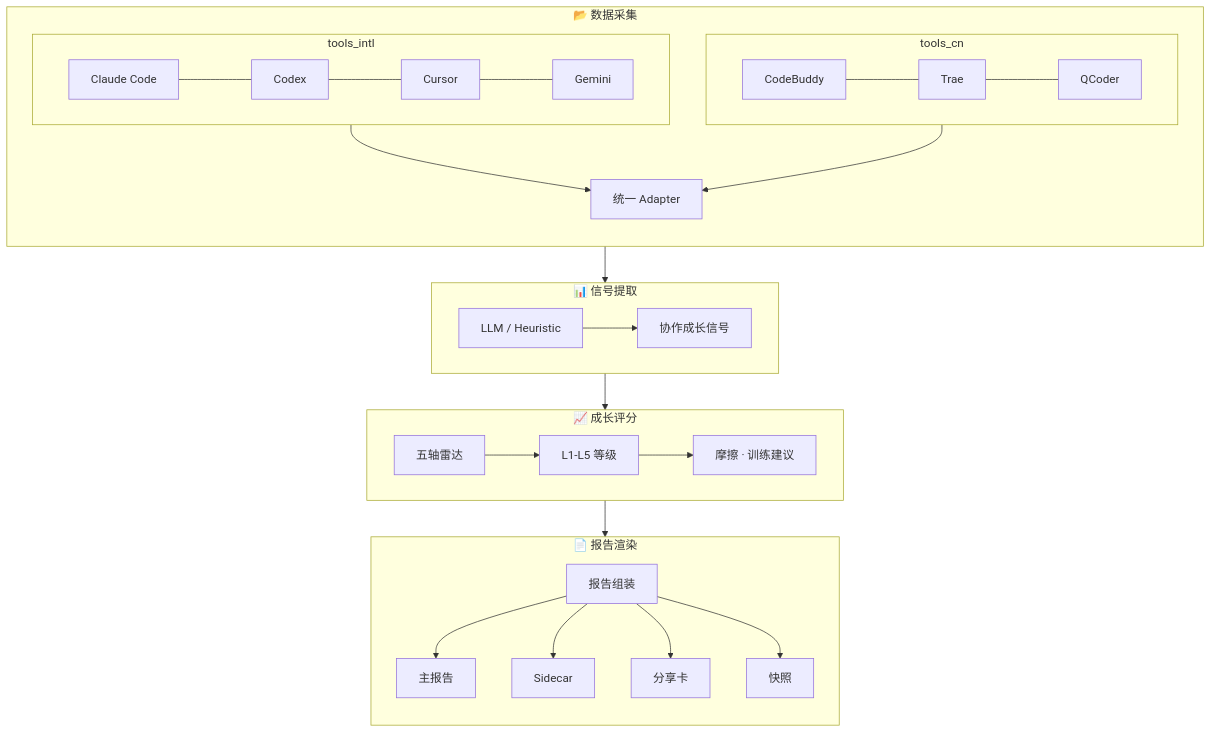
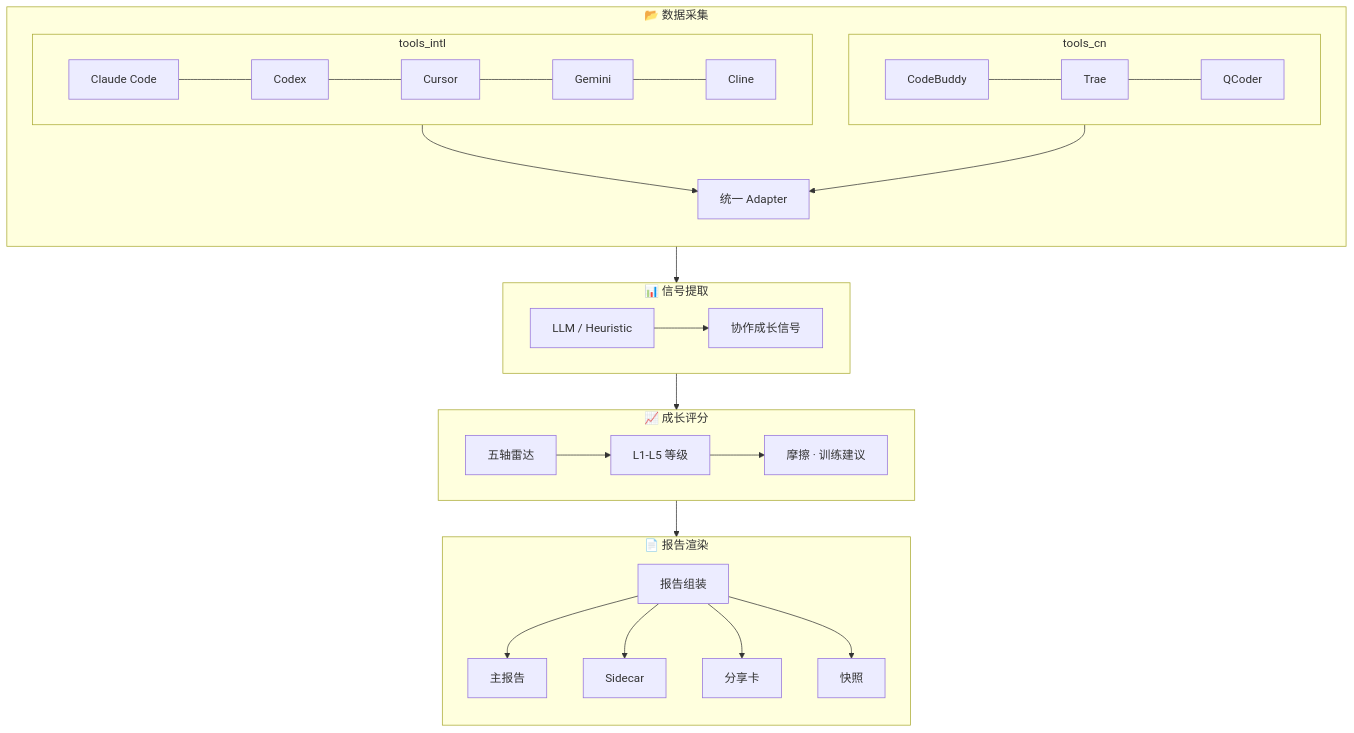
Before and after one commit to yxkong/ai-growth-mirror: the first of 2 diagrams in README.md, drawn with Mermaid. The commit also changed other lines of this file and 8 other files, not shown here.

First line of the commit message:
feat(readers): add local-only Cline and Kilo Code session adapters

````diff
--- a/README.md
+++ b/README.md
@@ -13,37 +13,37 @@
 ```mermaid
 flowchart TB
     subgraph L1["📂 数据采集"]
         direction TB
         subgraph tools_intl["tools_intl"]
             direction LR
-            t_claude[Claude Code] --- t_codex[Codex] --- t_cursor[Cursor] --- t_gemini[Gemini]
+            t_claude[Claude Code] --- t_codex[Codex] --- t_cursor[Cursor] --- t_gemini[Gemini] --- t_cline[Cline]
         end
         subgraph tools_cn["tools_cn"]
             direction LR
             t_buddy[CodeBuddy] --- t_trae[Trae] --- t_qcoder[QCoder]
         end
         t_adapter[统一 Adapter]
         tools_intl --> t_adapter
         tools_cn --> t_adapter
     end
 
     subgraph L2["📊 信号提取"]
         sig_in[LLM / Heuristic] --> sig_out[协作成长信号]
     end
 
     subgraph L3["📈 成长评分"]
         sc_radar[五轴雷达] --> sc_level[L1-L5 等级] --> sc_plan[摩擦 · 训练建议]
     end
 
     subgraph L4["📄 报告渲染"]
         direction TB
         rpt_asm[报告组装]
         rpt_html[主报告]
         rpt_json[Sidecar]
         rpt_share[分享卡]
         rpt_snap[快照]
         rpt_asm --> rpt_html & rpt_json & rpt_share & rpt_snap
     end
 
     L1 --> L2 --> L3 --> L4
 ```
````
